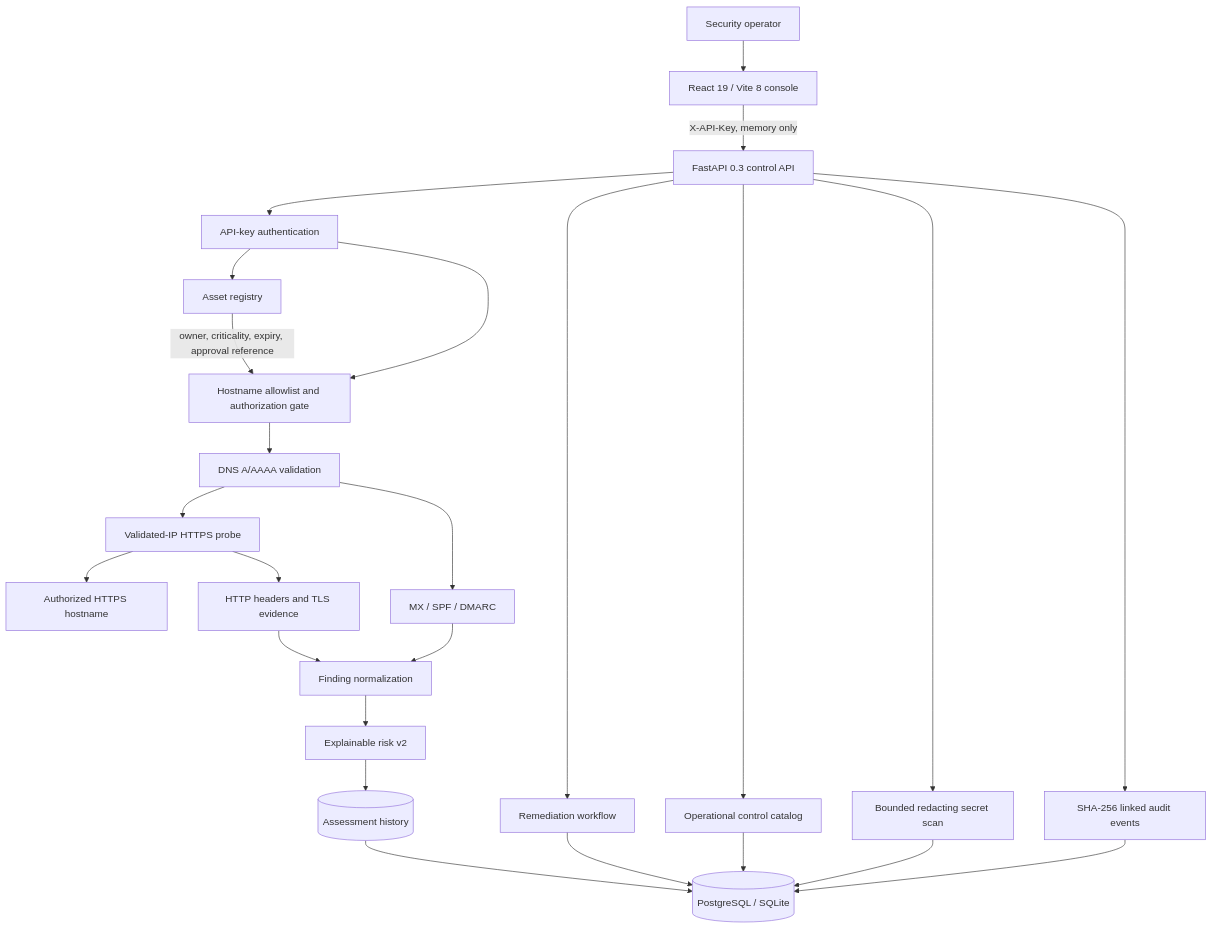
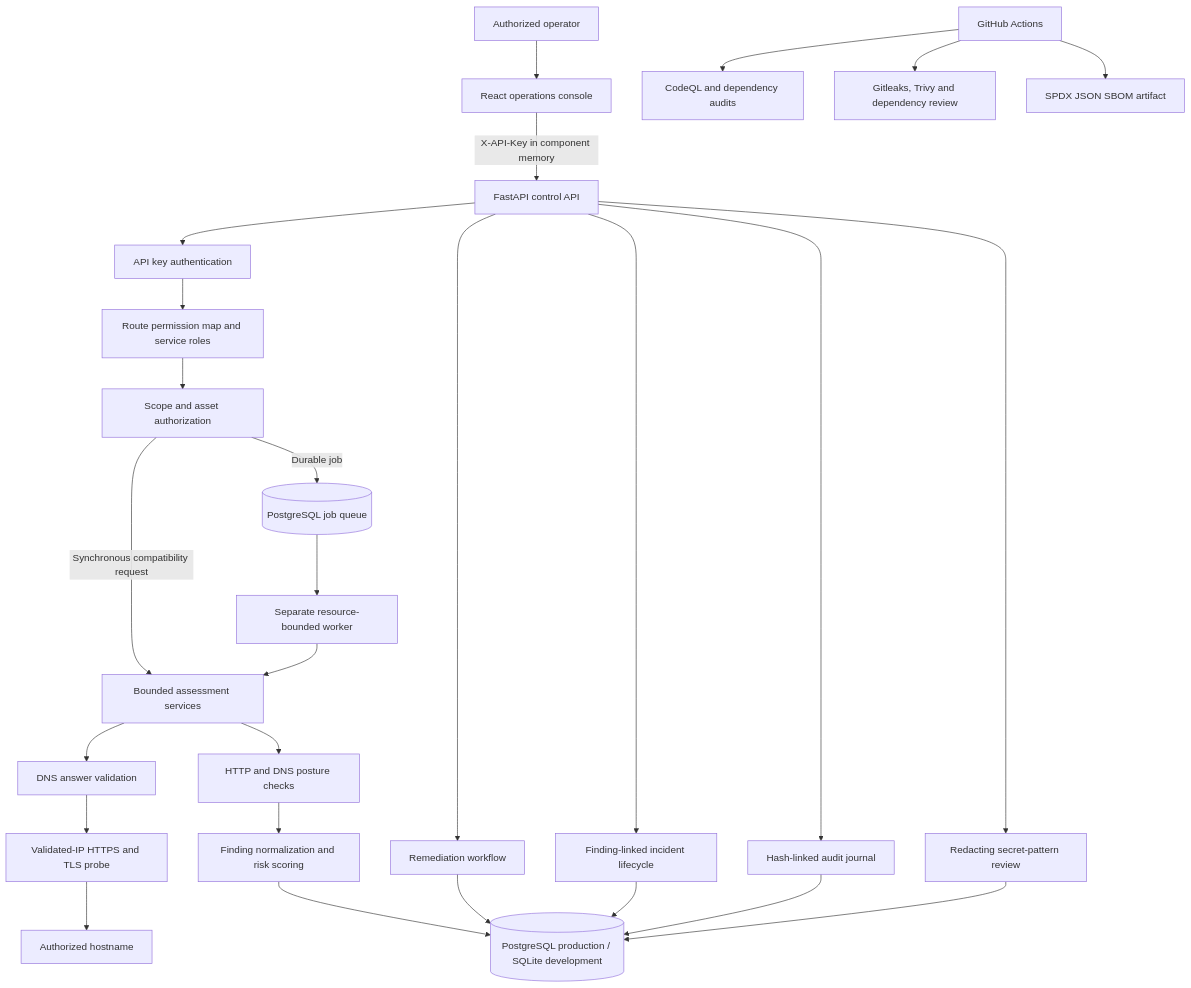
One commit to tasnimamin38/sentinel-cybersecurity-suite changed the diagram in docs/blueprint/system-architecture.md. Above: the diagram before and after it, drawn with Mermaid. The commit also changed other lines of this file and 18 other files, not shown here.

Commit message:
feat: add SENTINEL 0.15 supply-chain security assurance

```diff
--- a/docs/blueprint/system-architecture.md
+++ b/docs/blueprint/system-architecture.md
@@ -21,27 +22,29 @@
 ~~~mermaid
 flowchart TB
-  OP[Security operator] --> WEB[React 19 / Vite 8 console]
-  WEB -->|X-API-Key, memory only| API[FastAPI 0.3 control API]
-  API --> AUTH[API-key authentication]
-  AUTH --> INV[Asset registry]
-  INV -->|owner, criticality, expiry, approval reference| SCOPE[Hostname allowlist and authorization gate]
-  AUTH --> SCOPE
-  SCOPE --> DNS[DNS A/AAAA validation]
-  DNS --> PIN[Validated-IP HTTPS probe]
-  PIN --> TARGET[Authorized HTTPS hostname]
-  PIN --> HEAD[HTTP headers and TLS evidence]
-  DNS --> EMAIL[MX / SPF / DMARC]
-  HEAD --> FIND[Finding normalization]
-  EMAIL --> FIND
-  FIND --> RISK[Explainable risk v2]
-  RISK --> ASSESS[(Assessment history)]
-  API --> TASK[Remediation workflow]
-  API --> CTRL[Operational control catalog]
-  API --> SECRET[Bounded redacting secret scan]
-  API --> AUDIT[SHA-256 linked audit events]
-  TASK --> DB[(PostgreSQL / SQLite)]
-  CTRL --> DB
+  OP[Authorized operator] --> UI[React operations console]
+  UI -->|X-API-Key in component memory| API[FastAPI control API]
+  API --> AUTH[API key authentication]
+  AUTH --> RBAC[Route permission map and service roles]
+  RBAC --> POLICY[Scope and asset authorization]
+  POLICY -->|Synchronous compatibility request| PROBE[Bounded assessment services]
+  POLICY -->|Durable job| QUEUE[(PostgreSQL job queue)]
+  QUEUE --> WORKER[Separate resource-bounded worker]
+  WORKER --> PROBE
+  PROBE --> DNS[DNS answer validation]
+  DNS --> PIN[Validated-IP HTTPS and TLS probe]
+  PIN --> TARGET[Authorized hostname]
+  PROBE --> POSTURE[HTTP and DNS posture checks]
+  POSTURE --> FIND[Finding normalization and risk scoring]
+  FIND --> DB[(PostgreSQL production / SQLite development)]
+  API --> REM[Remediation workflow]
+  API --> INC[Finding-linked incident lifecycle]
+  API --> AUDIT[Hash-linked audit journal]
+  REM --> DB
+  INC --> DB
+  AUDIT --> DB
+  API --> SECRET[Redacting secret-pattern review]
   SECRET --> DB
-  AUDIT --> DB
-  ASSESS --> DB
+  CI[GitHub Actions] --> SAST[CodeQL and dependency audits]
+  CI --> SUPPLY[Gitleaks, Trivy and dependency review]
+  CI --> SBOM[SPDX JSON SBOM artifact]
 ~~~
```
